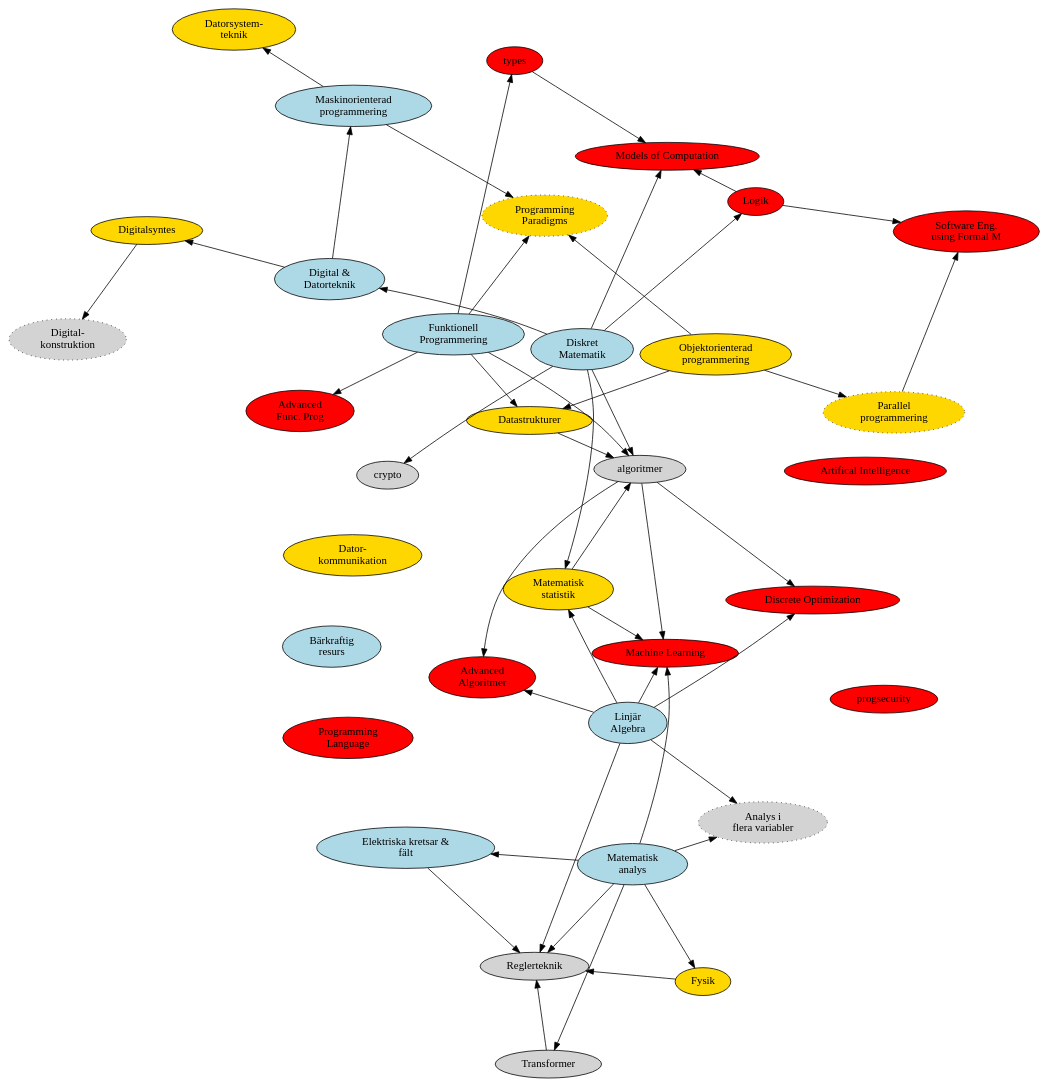
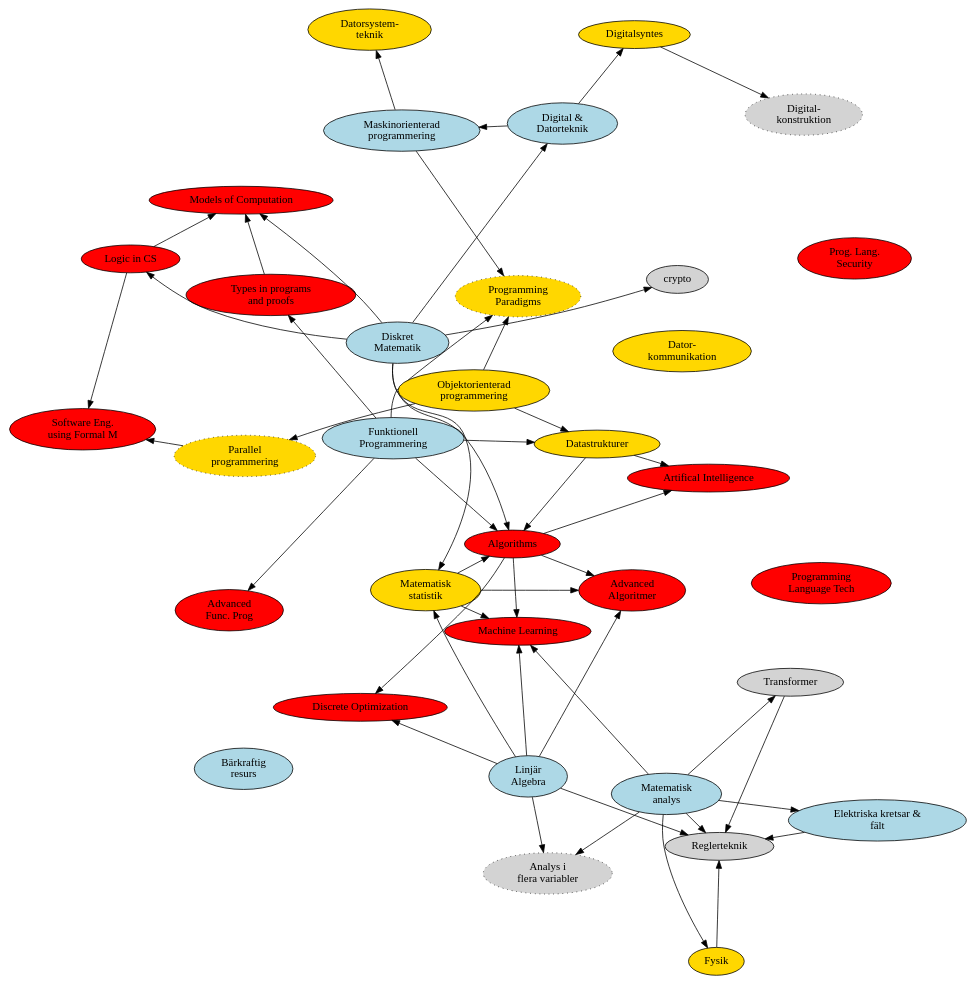
One commit to dtekcth/snd-kursgraf changed the diagram in kursgraf.dot. Above: the diagram before and after it, drawn with Graphviz.

Commit message:
Small changes, mostly CSALL.

```diff
--- a/kursgraf.dot
+++ b/kursgraf.dot
@@ -1,117 +1,119 @@
 digraph G
 {
 	layout=fdp
 	nodesep=1
 	splines=true
 	overlap=prism 
 	node [style="solid,filled"]
 
 	
 
 	//TKDAT-1
 	subgraph {
 		node [fillcolor="lightblue"]
 		haskell [label = "Funktionell\nProgrammering"]
 		diskmat [label = "Diskret\nMatematik"]
 		linalg [label = "Linjär\nAlgebra"]
 		digodat [label = "Digital &\nDatorteknik"]
 		analys [label = "Matematisk\nanalys"]
 		mop [label = "Maskinorienterad\nprogrammering"]
 		el [label = "Elektriska kretsar &\nfält"]
 		barsaft [label = "Bärkraftig\nresurs"]
 	}
 	
 	diskmat -> digodat
 	digodat -> mop
 	analys -> el
 
 	//TKDAT-2
 	subgraph {
 		node [fillcolor="gold1"]
 		matstat [label = "Matematisk\nstatistik"]
 		oop [label = "Objektorienterad\nprogrammering"]
 		fysik [label = "Fysik"]
 		dstrukt [label = "Datastrukturer"]
 		syntes [label = "Digitalsyntes"]
 		subgraph {
 			node [style="dotted, filled"]
 			pp [label = "Programming\nParadigms"]
 			concurrent [label = "Parallel\nprogrammering"]
 		}
 		dst [ label = "Datorsystem-\nteknik"]
 		datakom [label = "Dator-\nkommunikation"]
 	}
 	haskell -> pp
 	haskell -> dstrukt
 	oop -> dstrukt
 	oop -> concurrent
 	oop -> pp
 	mop -> pp
 	digodat -> syntes
 	mop -> dst
 	analys -> fysik
 	linalg -> matstat
 	diskmat -> matstat
 	
 	//TKDAT-3
 	tss [label = "Transformer"]
 	regler [label = "Reglerteknik"]
 	tss -> regler
 	analys -> tss
 	analys -> regler
 	fysik -> regler
 	el -> regler
 	linalg -> regler
 	
 	//CSALL
     subgraph {
-
         node [style ="filled", fillcolor="red"]
         advAlg [label = "Advanced \n Algoritmer"]
         advFunc [label = "Advanced \n Func. Prog"]
         logik [label = "Logic in CS"]
-        prolang [label = "Programming \n Language"]
+        prolang [label = "Programming \n Language Tech"]
         ml [label = "Machine Learning"]
         softEng [label ="Software Eng. \n using Formal M"]
         discopt [label = "Discrete Optimization"]
         ai [label ="Artifical Intelligence"]
         models [label ="Models of Computation"]
-        progsecurity
-        types
+        langsecurity [label ="Prog. Lang. \n Security"]
+        types [label = "Types in programs \n and proofs "]
+        algoritmer [label ="Algorithms"]
     }
     diskmat -> models
     logik -> models
     diskmat -> crypto
     haskell -> types
     types -> models
     algoritmer -> discopt
     linalg -> discopt
     concurrent -> softEng
     logik -> softEng
+    //behövs denna? stat -> algoritmer -> advalg
+    diskmat -> logik
+    matstat -> advAlg
     linalg -> advAlg
     algoritmer -> advAlg
     algoritmer -> ml
     analys -> ml
     matstat -> ml
     linalg -> ml
     haskell -> advFunc
-
-    //Valbara
+    dstrukt -> ai
+    algoritmer -> ai
+   
+   //Valbara
 	subgraph {
 		node [style="dotted, filled"]
 		flervar [label = "Analys i\nflera variabler"]
 		digkonstr [label = "Digital-\nkonstruktion"]
 	}
 	syntes -> digkonstr
 	linalg -> flervar
 	analys -> flervar
 	dstrukt -> algoritmer
 	haskell -> algoritmer
 	diskmat -> algoritmer
 	matstat -> algoritmer
 
-	//CSALL
-	logik [label = "Logik"]
-	diskmat -> logik
 
 }	
```
